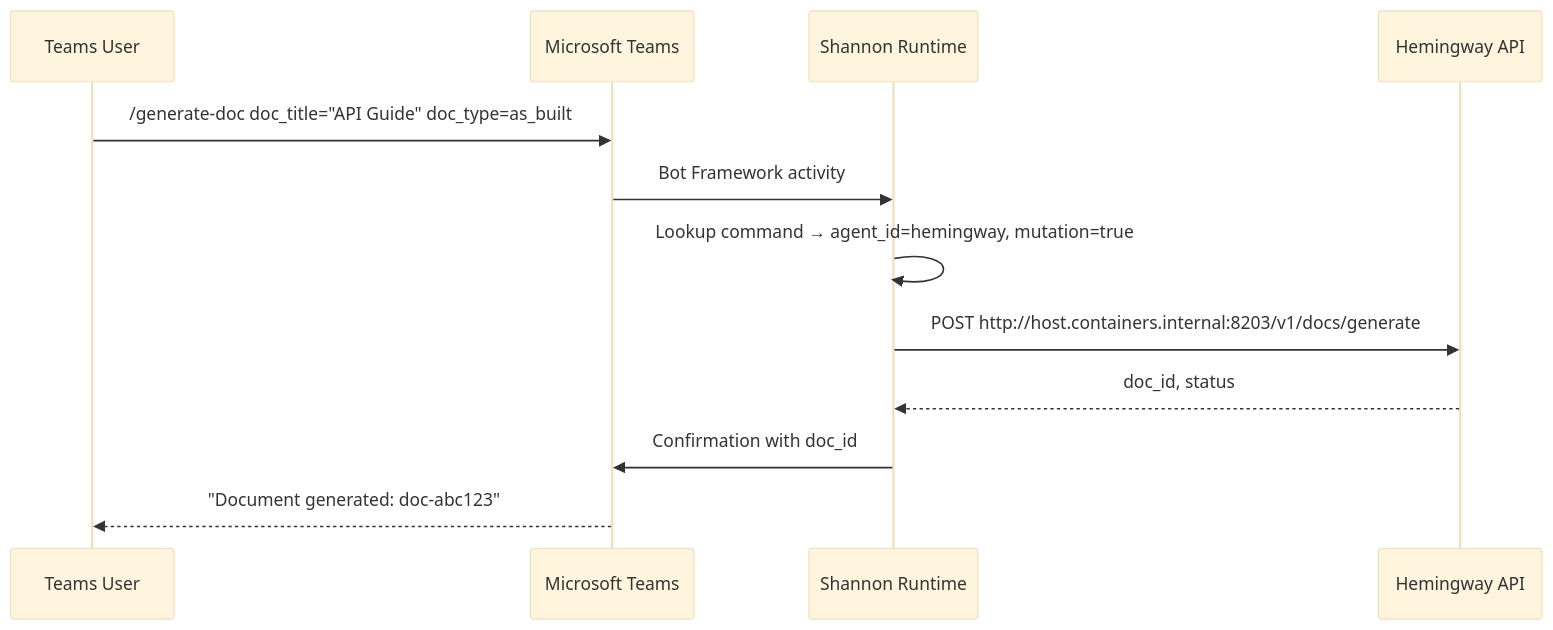
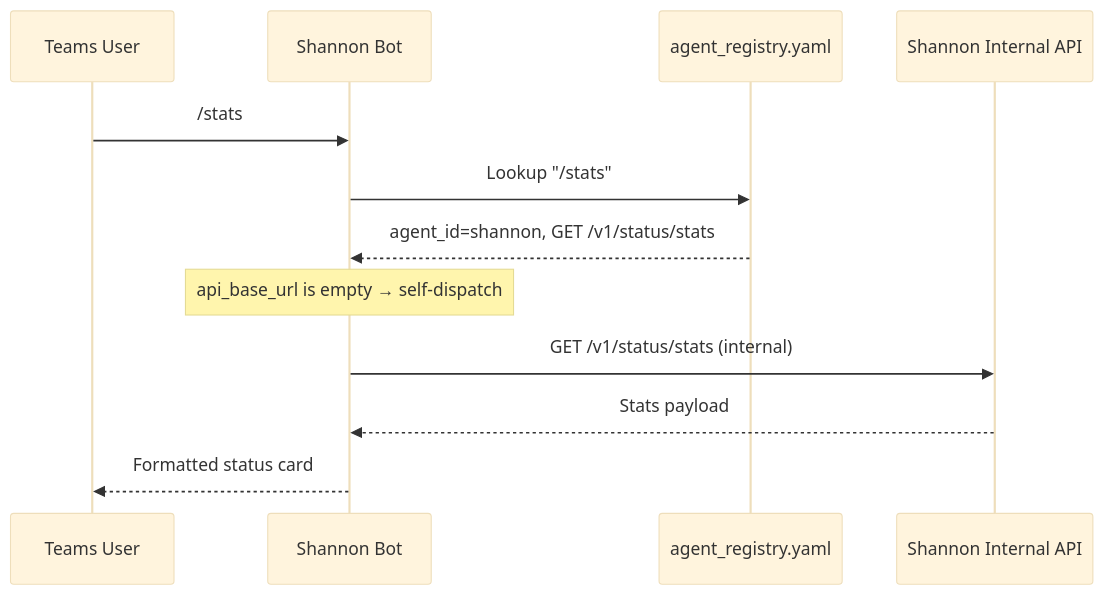
The fourth of 4 diagrams in docs/config-shannon.md (jmac-cornelis/agent-workforce), drawn with Mermaid (base theme) before and after one commit. The commit also changed other lines of this file and 7 other files, not shown here.

````diff
--- a/docs/config-shannon.md
+++ b/docs/config-shannon.md
@@ -121,15 +113,15 @@
 ```mermaid
 sequenceDiagram
     participant User as Teams User
-    participant Teams as Microsoft Teams
-    participant Shannon as Shannon Runtime
-    participant Hemingway as Hemingway API
+    participant Shannon as Shannon Bot
+    participant Registry as agent_registry.yaml
+    participant ShannonAPI as Shannon Internal API
 
-    User->>Teams: /generate-doc doc_title="API Guide" doc_type=as_built
-    Teams->>Shannon: Bot Framework activity
-    Shannon->>Shannon: Lookup command → agent_id=hemingway, mutation=true
-    Shannon->>Hemingway: POST http://host.containers.internal:8203/v1/docs/generate
-    Hemingway-->>Shannon: doc_id, status
-    Shannon->>Teams: Confirmation with doc_id
-    Teams-->>User: "Document generated: doc-abc123"
+    User->>Shannon: /stats
+    Shannon->>Registry: Lookup "/stats"
+    Registry-->>Shannon: agent_id=shannon, GET /v1/status/stats
+    Note over Shannon: api_base_url is empty → self-dispatch
+    Shannon->>ShannonAPI: GET /v1/status/stats (internal)
+    ShannonAPI-->>Shannon: Stats payload
+    Shannon-->>User: Formatted status card
 ```
````
